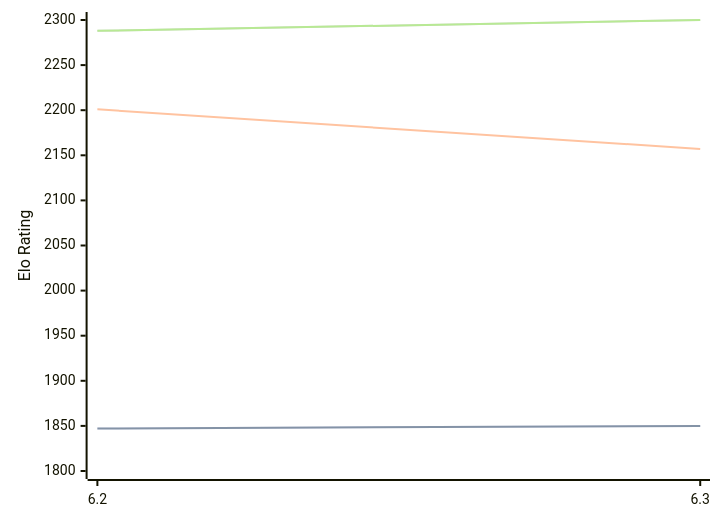
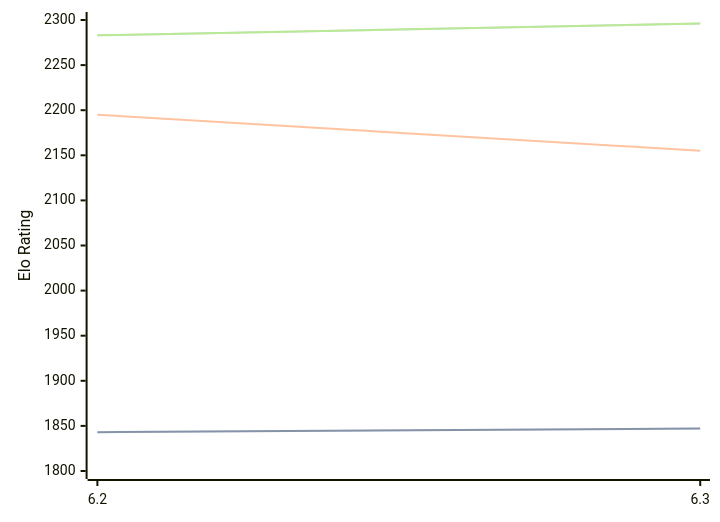
Before and after one commit to computer-chess-index/cci: the first of 3 diagrams in engines/chess4j.md, drawn with Mermaid. The commit also changed other lines of this file, not shown here.

Commit message:
Update CCI Ratings (ELO VLTC) - 2026-07-16

````diff
--- a/engines/chess4j.md
+++ b/engines/chess4j.md
@@ -38,11 +38,11 @@
 ```mermaid
 %%{init: {"theme":"base","themeVariables":{"seriesColors:['#a3a3a3','#222221','#faa371']}}}%%
 xychart-beta
   x-axis ["6.2", "6.3"]
   y-axis "Elo Rating" 1800 --> 2300
-  line "STC (8.0+0.08s)" [1847, 1850]
-  line "STC (8.0+0.08s)" [1847, 1850]
-  line "LTC (60.0+0.60s)" [2201, 2157]
-  line "VLTC (2m24s+1.12s)" [2288, 2300]
-  line "VLTC (2m24s+1.12s)" [2288, 2300]
+  line "STC (8.0+0.08s)" [1843, 1847]
+  line "STC (8.0+0.08s)" [1843, 1847]
+  line "LTC (60.0+0.60s)" [2195, 2155]
+  line "VLTC (2m24s+1.12s)" [2283, 2296]
+  line "VLTC (2m24s+1.12s)" [2283, 2296]
 ```
````
